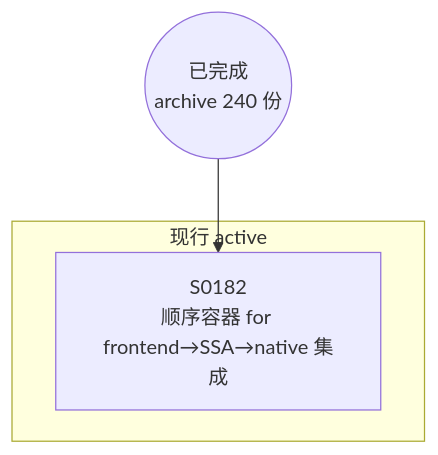
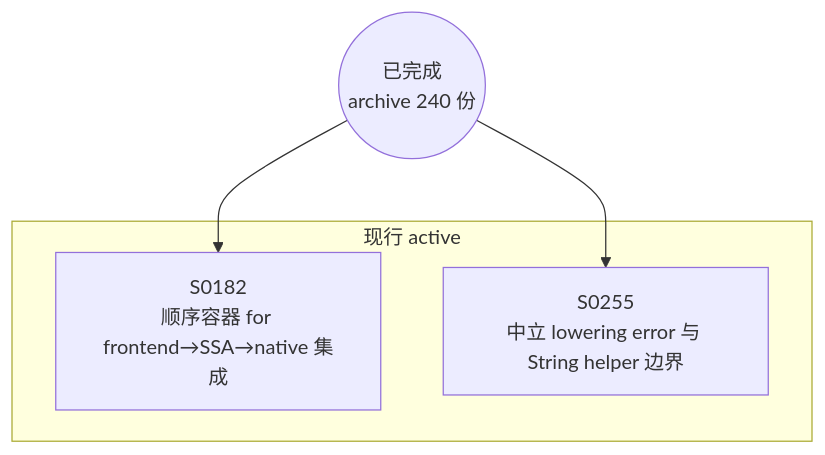
One commit to Halckon/Koven changed the diagram in docs/specs/dependency-graph.md. Above: the diagram before and after it, drawn with Mermaid. The commit also changed other lines of this file and 10 other files, not shown here.

````diff
--- a/docs/specs/dependency-graph.md
+++ b/docs/specs/dependency-graph.md
@@ -9,8 +9,10 @@
 ```mermaid
 flowchart TD
 ARCH(("已完成<br/>archive 240 份"))
 subgraph Gactive["现行 active"]
   S0182["S0182<br/>顺序容器 for frontend→SSA→native 集成"]
+  S0255["S0255<br/>中立 lowering error 与 String helper 边界"]
 end
 ARCH --> S0182
+ARCH --> S0255
 ```
````
